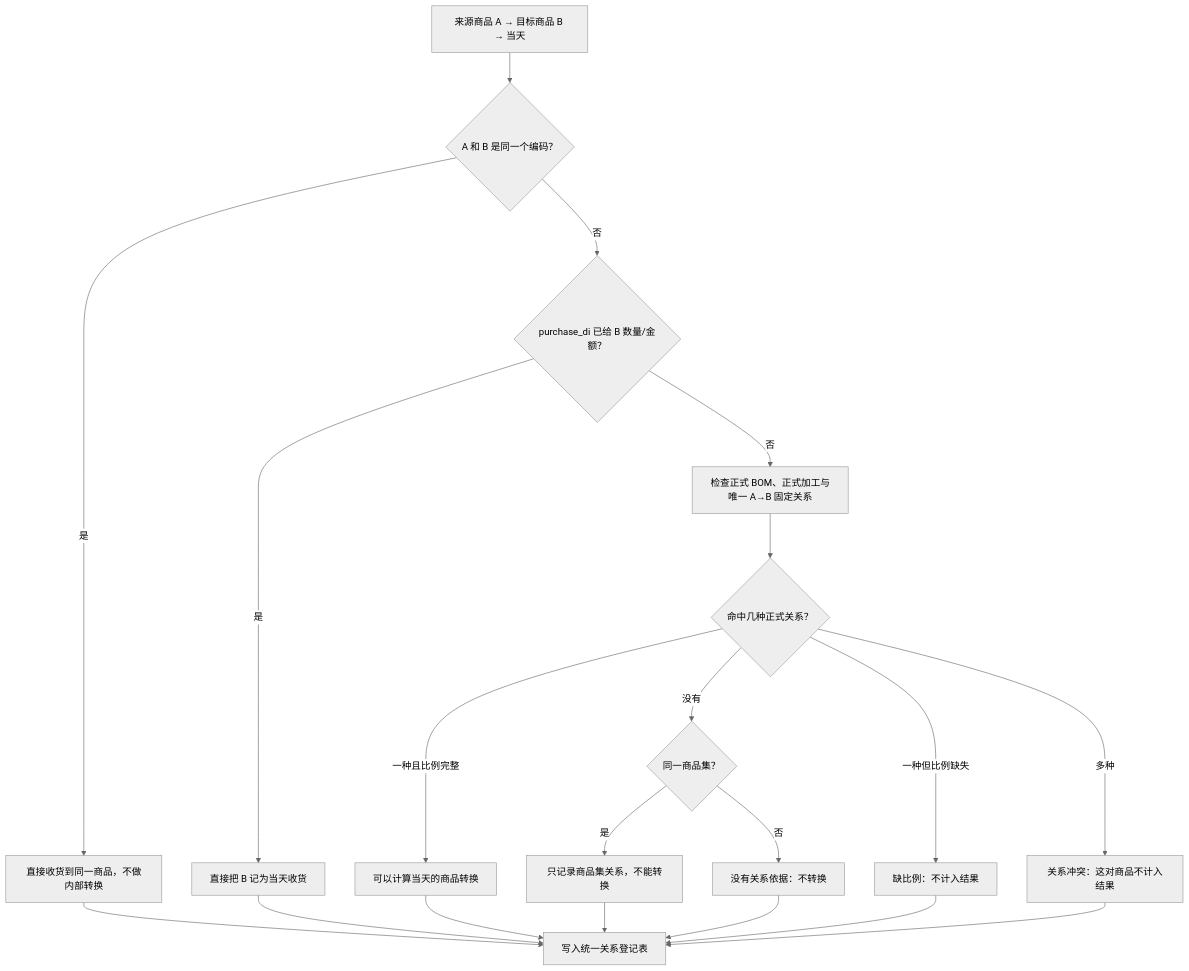
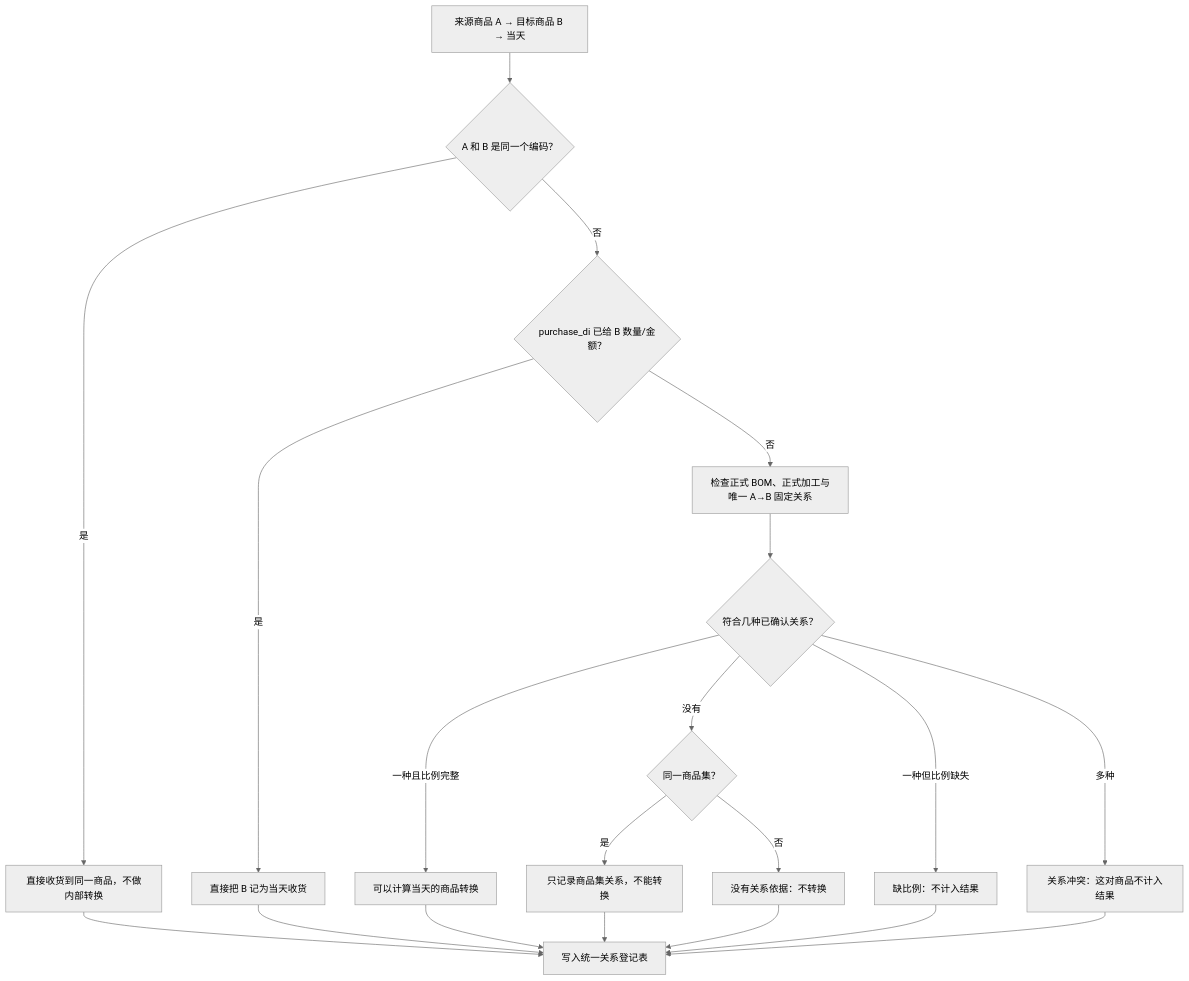
The third of 8 diagrams in fmetl/README.md (kate636/cuihua-data), drawn with Mermaid (neutral theme) before and after one commit. The commit also changed other lines of this file and 42 other files, not shown here.

````diff
--- a/fmetl/README.md
+++ b/fmetl/README.md
@@ -234,23 +234,23 @@
 ```mermaid
 flowchart TB
     START["来源商品 A → 目标商品 B → 当天"] --> SAME{"A 和 B 是同一个编码？"}
     SAME -->|是| R1["直接收货到同一商品，不做内部转换"]
     SAME -->|否| ALLOC{"purchase_di 已给 B 数量/金额？"}
     ALLOC -->|是| R7["直接把 B 记为当天收货"]
     ALLOC -->|否| FORMAL["检查正式 BOM、正式加工与唯一 A→B 固定关系"]
-    FORMAL --> COUNT{"命中几种正式关系？"}
+    FORMAL --> COUNT{"符合几种已确认关系？"}
     COUNT -->|多种| R6["关系冲突：这对商品不计入结果"]
     COUNT -->|一种且比例完整| R2["可以计算当天的商品转换"]
     COUNT -->|一种但比例缺失| R5["缺比例：不计入结果"]
     COUNT -->|没有| GROUP{"同一商品集？"}
     GROUP -->|是| R3["只记录商品集关系，不能转换"]
     GROUP -->|否| R4["没有关系依据：不转换"]
 
     R1 --> REG["写入统一关系登记表"]
     R7 --> REG
     R2 --> REG
     R3 --> REG
     R4 --> REG
     R5 --> REG
     R6 --> REG
 ```
````
